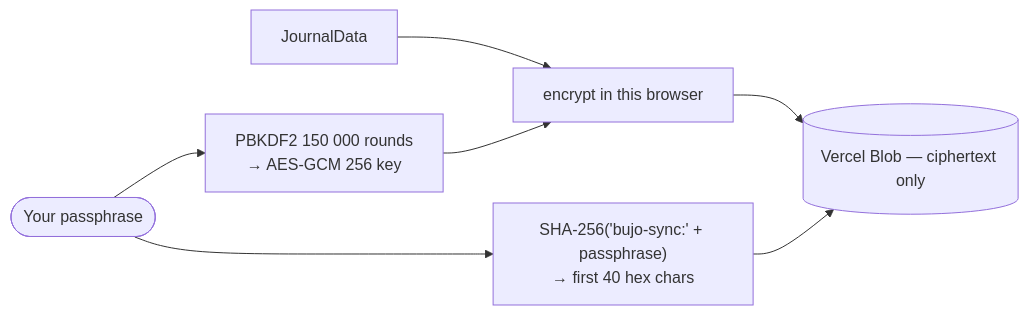
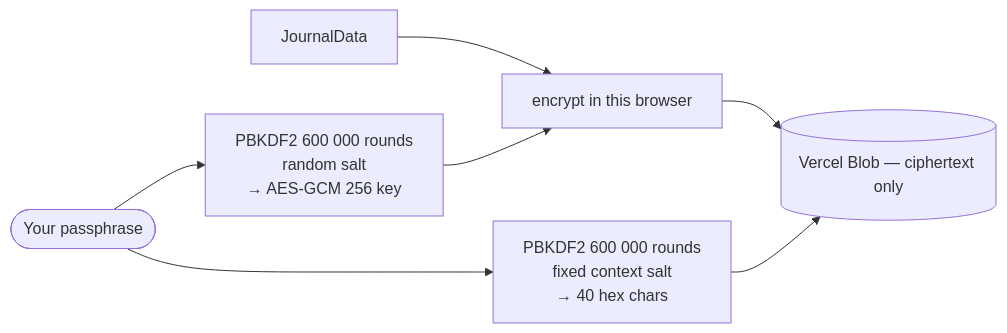
One commit to SathishKumarAI/bujo changed the diagram in docs/AUTH.md. Above: the diagram before and after it, drawn with Mermaid. The commit also changed other lines of this file and 9 other files, not shown here.

````diff
--- a/docs/AUTH.md
+++ b/docs/AUTH.md
@@ -36,9 +36,9 @@
 ```mermaid
 flowchart LR
-  pass([Your passphrase]) --> key["PBKDF2 150 000 rounds<br/>→ AES-GCM 256 key"]
-  pass --> path["SHA-256('bujo-sync:' + passphrase)<br/>→ first 40 hex chars"]
+  pass([Your passphrase]) --> key["PBKDF2 600 000 rounds<br/>random salt<br/>→ AES-GCM 256 key"]
+  pass --> path["PBKDF2 600 000 rounds<br/>fixed context salt<br/>→ 40 hex chars"]
   journal[JournalData] --> enc["encrypt in this browser"]
   key --> enc
   enc --> blob[("Vercel Blob — ciphertext only")]
   path --> blob
 ```
````
